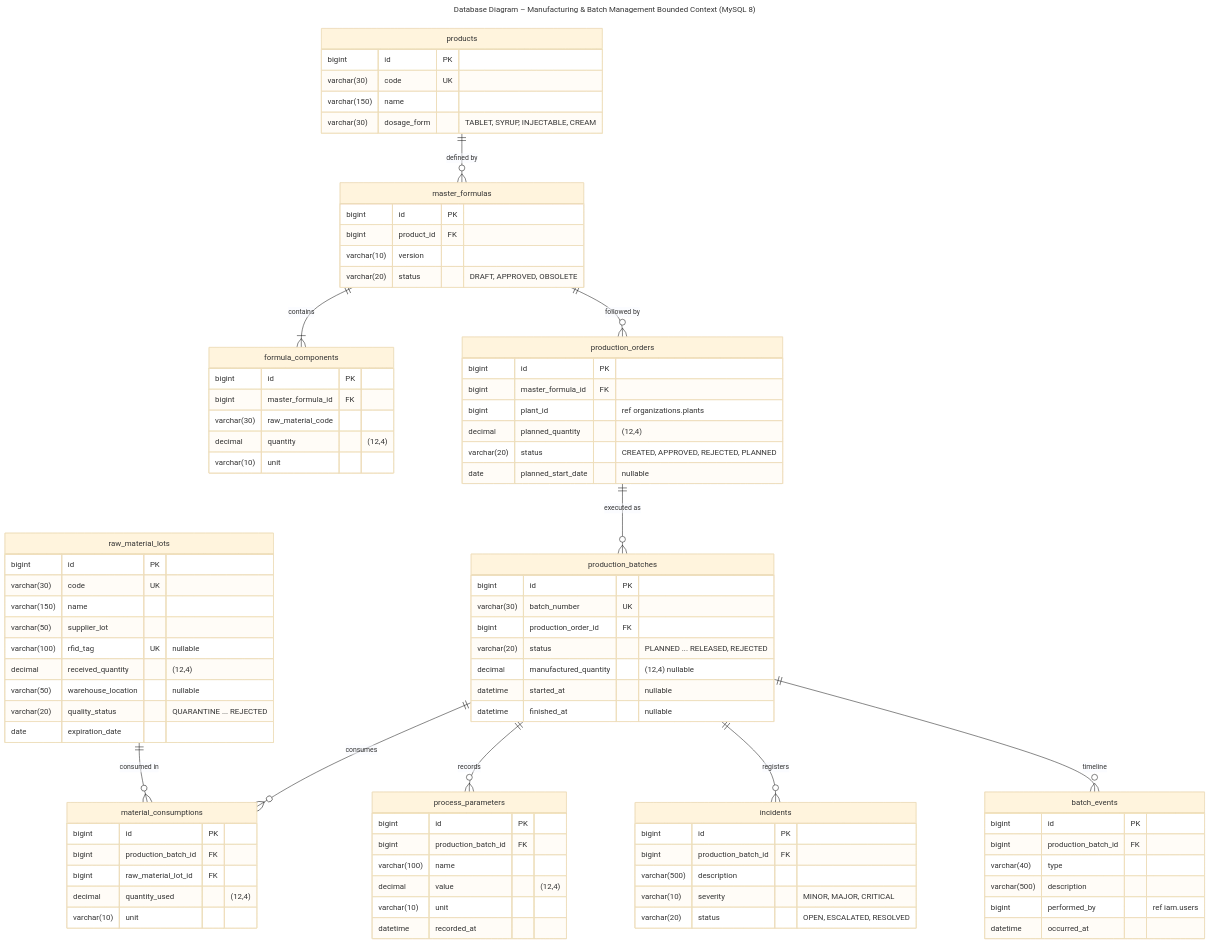
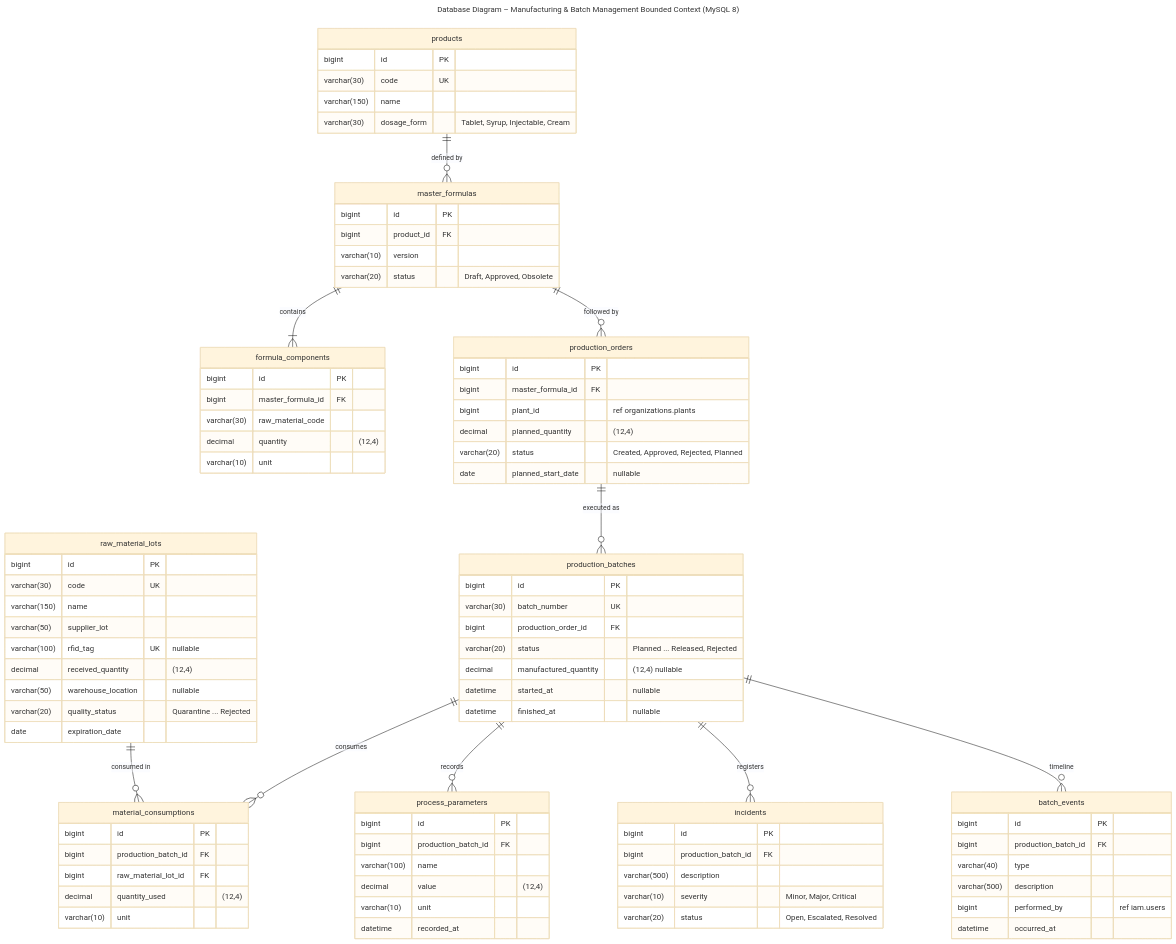
The diagram in assets/diagrams/mermaid/db-04-manufacturing.mmd (IngesCompanyCC/IngesCompanyCC-Project-Report), drawn with Mermaid (base theme) before and after one commit. The commit also changed 7 other files, not shown here.

Commit message:
fix(diagrams): store enum values in pascal case and align class enums with the database

```diff
--- a/assets/diagrams/mermaid/db-04-manufacturing.mmd
+++ b/assets/diagrams/mermaid/db-04-manufacturing.mmd
@@ -1,90 +1,90 @@
 ---
 title: "Database Diagram – Manufacturing & Batch Management Bounded Context (MySQL 8)"
 ---
 erDiagram
   products {
     bigint id PK
     varchar(30) code UK
     varchar(150) name
-    varchar(30) dosage_form "TABLET, SYRUP, INJECTABLE, CREAM"
+    varchar(30) dosage_form "Tablet, Syrup, Injectable, Cream"
   }
   master_formulas {
     bigint id PK
     bigint product_id FK
     varchar(10) version
-    varchar(20) status "DRAFT, APPROVED, OBSOLETE"
+    varchar(20) status "Draft, Approved, Obsolete"
   }
   formula_components {
     bigint id PK
     bigint master_formula_id FK
     varchar(30) raw_material_code
     decimal quantity "(12,4)"
     varchar(10) unit
   }
   raw_material_lots {
     bigint id PK
     varchar(30) code UK
     varchar(150) name
     varchar(50) supplier_lot
     varchar(100) rfid_tag UK "nullable"
     decimal received_quantity "(12,4)"
     varchar(50) warehouse_location "nullable"
-    varchar(20) quality_status "QUARANTINE ... REJECTED"
+    varchar(20) quality_status "Quarantine ... Rejected"
     date expiration_date
   }
   production_orders {
     bigint id PK
     bigint master_formula_id FK
     bigint plant_id "ref organizations.plants"
     decimal planned_quantity "(12,4)"
-    varchar(20) status "CREATED, APPROVED, REJECTED, PLANNED"
+    varchar(20) status "Created, Approved, Rejected, Planned"
     date planned_start_date "nullable"
   }
   production_batches {
     bigint id PK
     varchar(30) batch_number UK
     bigint production_order_id FK
-    varchar(20) status "PLANNED ... RELEASED, REJECTED"
+    varchar(20) status "Planned ... Released, Rejected"
     decimal manufactured_quantity "(12,4) nullable"
     datetime started_at "nullable"
     datetime finished_at "nullable"
   }
   material_consumptions {
     bigint id PK
     bigint production_batch_id FK
     bigint raw_material_lot_id FK
     decimal quantity_used "(12,4)"
     varchar(10) unit
   }
   process_parameters {
     bigint id PK
     bigint production_batch_id FK
     varchar(100) name
     decimal value "(12,4)"
     varchar(10) unit
     datetime recorded_at
   }
   incidents {
     bigint id PK
     bigint production_batch_id FK
     varchar(500) description
-    varchar(10) severity "MINOR, MAJOR, CRITICAL"
-    varchar(20) status "OPEN, ESCALATED, RESOLVED"
+    varchar(10) severity "Minor, Major, Critical"
+    varchar(20) status "Open, Escalated, Resolved"
   }
   batch_events {
     bigint id PK
     bigint production_batch_id FK
     varchar(40) type
     varchar(500) description
     bigint performed_by "ref iam.users"
     datetime occurred_at
   }
   products ||--o{ master_formulas : "defined by"
   master_formulas ||--|{ formula_components : "contains"
   master_formulas ||--o{ production_orders : "followed by"
   production_orders ||--o{ production_batches : "executed as"
   production_batches ||--o{ material_consumptions : "consumes"
   raw_material_lots ||--o{ material_consumptions : "consumed in"
   production_batches ||--o{ process_parameters : "records"
   production_batches ||--o{ incidents : "registers"
   production_batches ||--o{ batch_events : "timeline"
```
